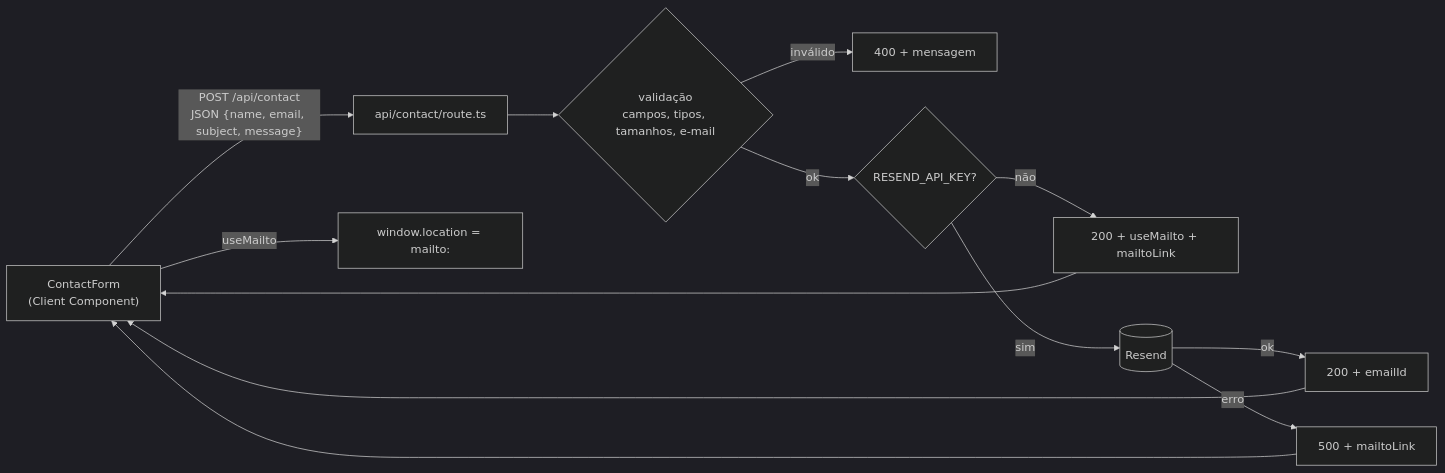
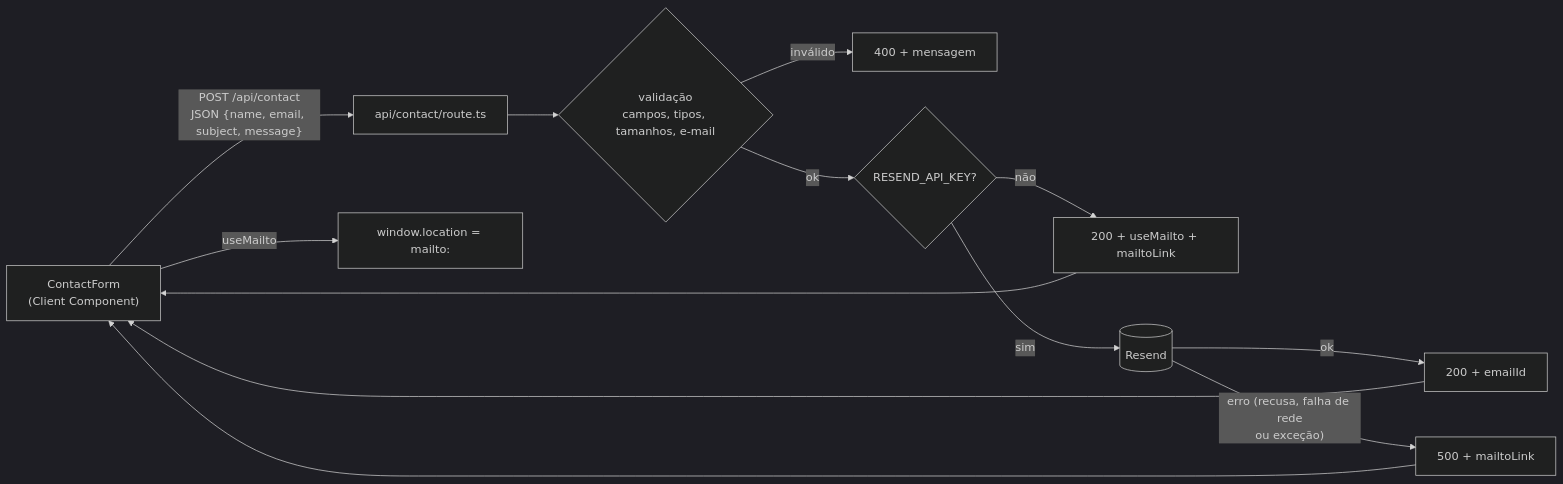
One commit to ZarbL/IdeiaSpacewebsite changed the sixth of 7 diagrams in docs/ARQUITETURA.md. Above: the diagram before and after it, drawn with Mermaid (dark theme). The commit also changed other lines of this file and 10 other files, not shown here.

````diff
--- a/docs/ARQUITETURA.md
+++ b/docs/ARQUITETURA.md
@@ -575,15 +575,15 @@
 ```mermaid
 flowchart LR
     F["ContactForm<br/>(Client Component)"] -->|"POST /api/contact<br/>JSON {name, email, subject, message}"| R["api/contact/route.ts"]
     R --> V{"validação<br/>campos, tipos, tamanhos, e-mail"}
     V -->|inválido| E400["400 + mensagem"]
     V -->|ok| K{"RESEND_API_KEY?"}
     K -->|não| MT["200 + useMailto + mailtoLink"]
     K -->|sim| RS[("Resend")]
     RS -->|ok| OK["200 + emailId"]
-    RS -->|erro| E500["500 + mailtoLink"]
+    RS -->|"erro (recusa, falha de rede<br/>ou exceção)"| E500["500 + mailtoLink"]
     MT --> F
     OK --> F
     E500 --> F
     F -->|"useMailto"| ML["window.location = mailto:"]
 ```
````
